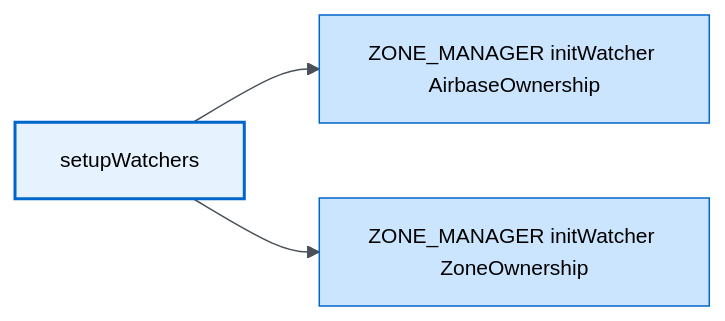
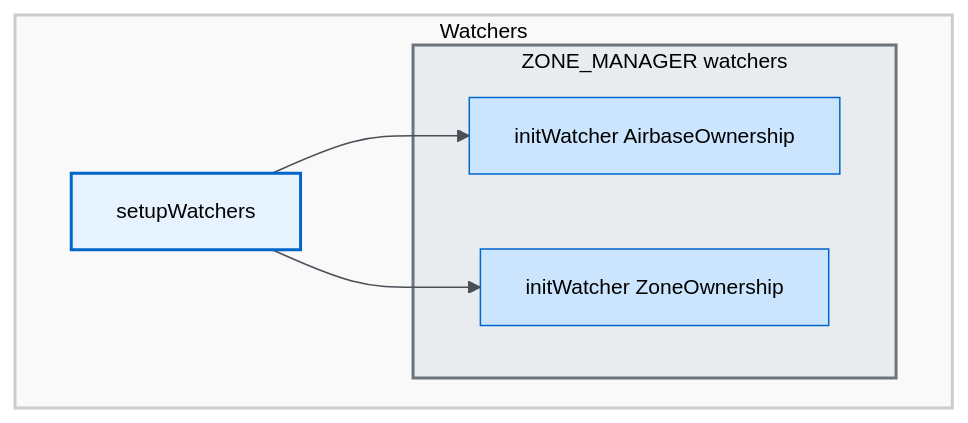
One commit to Gh0st352/AETHR changed the third of 3 diagrams in docs/aethr/startup_and_watchers.md. Above: the diagram before and after it, drawn with Mermaid. The commit also changed other lines of this file and 6 other files, not shown here.

First line of the commit message:
Refactor documentation with enhanced flowcharts and sequence diagrams

````diff
--- a/docs/aethr/startup_and_watchers.md
+++ b/docs/aethr/startup_and_watchers.md
@@ -50,14 +75,27 @@
 ```mermaid
-%%{init: {"theme": "base", "themeVariables": {"primaryColor":"#e6f3ff","primaryBorderColor":"#0066cc","primaryTextColor":"#000","lineColor":"#495057","textColor":"#000","fontSize":"14px"}}}%%
-flowchart LR
-  SW[setupWatchers] --> Z1[ZONE_MANAGER initWatcher AirbaseOwnership]
-  SW --> Z2[ZONE_MANAGER initWatcher ZoneOwnership]
+%%{init: {"theme":"base","themeVariables":{"primaryColor":"#e6f3ff","primaryBorderColor":"#0066cc","lineColor":"#495057","textColor":"#000000ff","fontSize":"14px"}}}%%
+flowchart TB
+  %% Group
+  subgraph WATCHERS ["Watchers"]
+    SW["setupWatchers"]
+    subgraph ZM_WATCHERS ["ZONE_MANAGER watchers"]
+      Z1["initWatcher AirbaseOwnership"]
+      Z2["initWatcher ZoneOwnership"]
+    end
+  end
+
+  SW --> Z1
+  SW --> Z2
 
   %% Styles
   classDef core fill:#e6f3ff,stroke:#0066cc,stroke-width:2px,color:#000
   classDef process fill:#cce5ff,stroke:#0066cc,color:#000
 
   %% Apply classes
   class SW core
   class Z1,Z2 process
+
+  %% Subgraph style
+  style WATCHERS fill:#f9f9f9,stroke:#ccc,stroke-width:2px
+  style ZM_WATCHERS fill:#e9ecef,stroke:#6c757d,stroke-width:2px
 ```
````
